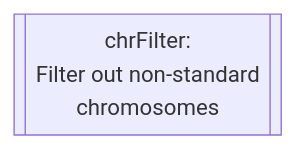
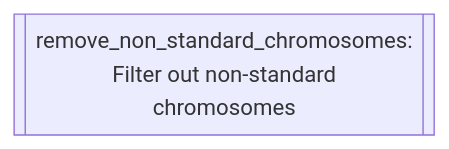
One commit to Tuks-ICMM/Pharmacogenetic-Analysis-Pipeline changed diagram 11 of 26 in docs/02-workflow/02-methodology-summary.md. Above: the diagram before and after it, drawn with Mermaid. The commit also changed other lines of this file and 2 other files, not shown here.

````diff
--- a/docs/02-workflow/02-methodology-summary.md
+++ b/docs/02-workflow/02-methodology-summary.md
@@ -483,4 +559,4 @@
   ```mermaid
   flowchart TD
-    chrFilter[[chrFilter:\nFilter out non-standard\nchromosomes]]
+    remove_non_standard_chromosomes[[remove_non_standard_chromosomes:\nFilter out non-standard\nchromosomes]]
   ```
````
